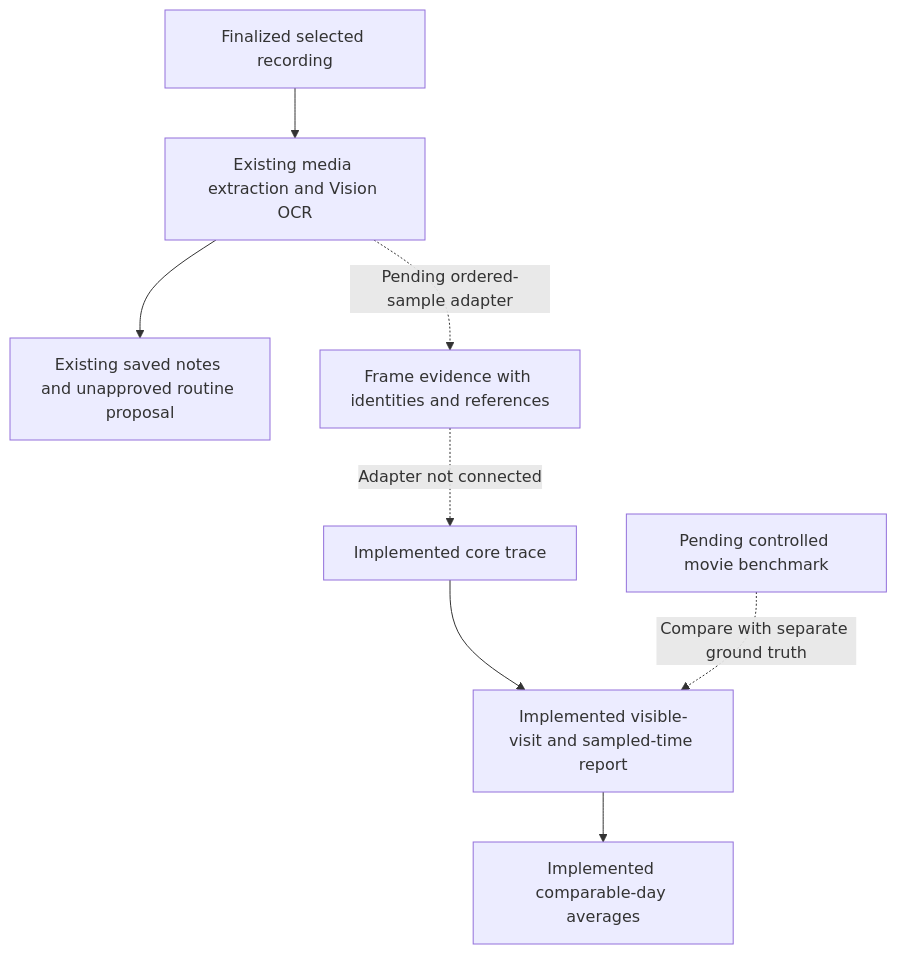
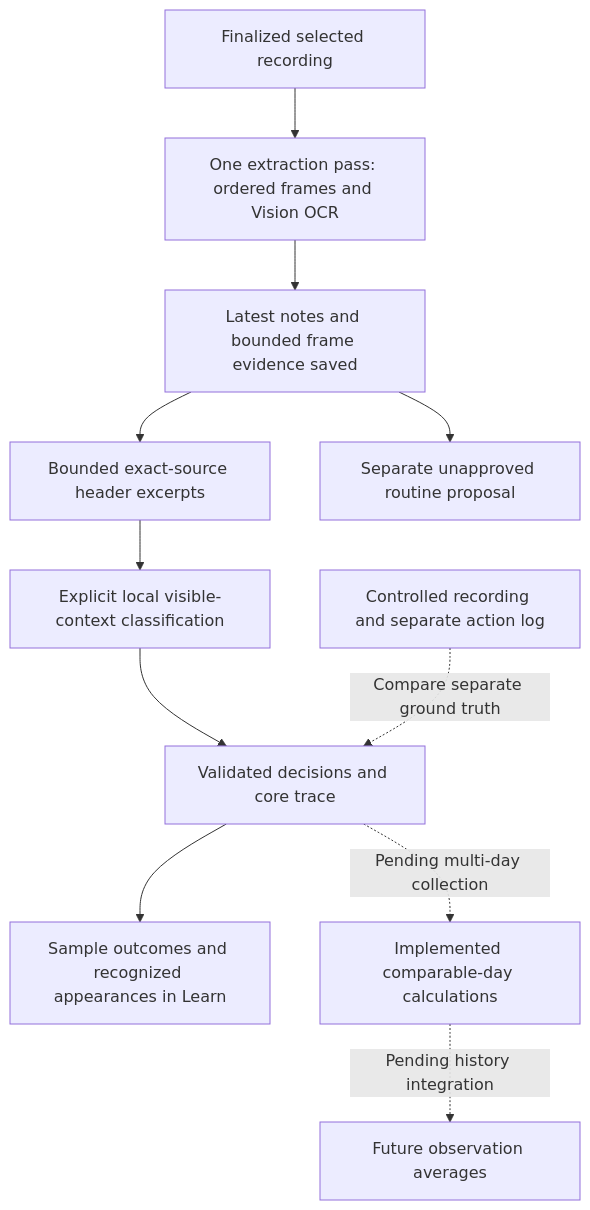
One commit to gderamchi/morning-operator changed the diagram in docs/OBSERVATION-METRICS.md. Above: the diagram before and after it, drawn with Mermaid. The commit also changed other lines of this file and 7 other files, not shown here.

Commit message:
Document controlled recording results and remaining recognition limits

````diff
--- a/docs/OBSERVATION-METRICS.md
+++ b/docs/OBSERVATION-METRICS.md
@@ -11,10 +15,13 @@
 ```mermaid
 flowchart TD
-    A[Finalized selected recording] --> B[Existing media extraction and Vision OCR]
-    B --> C[Existing saved notes and unapproved routine proposal]
-    B -. Pending ordered-sample adapter .-> D[Frame evidence with identities and references]
-    D -. Adapter not connected .-> E[Implemented core trace]
-    E --> F[Implemented visible-visit and sampled-time report]
-    F --> G[Implemented comparable-day averages]
-    H[Pending controlled movie benchmark] -. Compare with separate ground truth .-> F
+    A[Finalized selected recording] --> B[One extraction pass: ordered frames and Vision OCR]
+    B --> C[Latest notes and bounded frame evidence saved]
+    C --> X[Bounded exact-source header excerpts]
+    X --> D[Explicit local visible-context classification]
+    D --> E[Validated decisions and core trace]
+    E --> F[Sample outcomes and recognized appearances in Learn]
+    C --> R[Separate unapproved routine proposal]
+    E -. Pending multi-day collection .-> G[Implemented comparable-day calculations]
+    G -. Pending history integration .-> I[Future observation averages]
+    H[Controlled recording and separate action log] -. Compare separate ground truth .-> E
 ```
````
